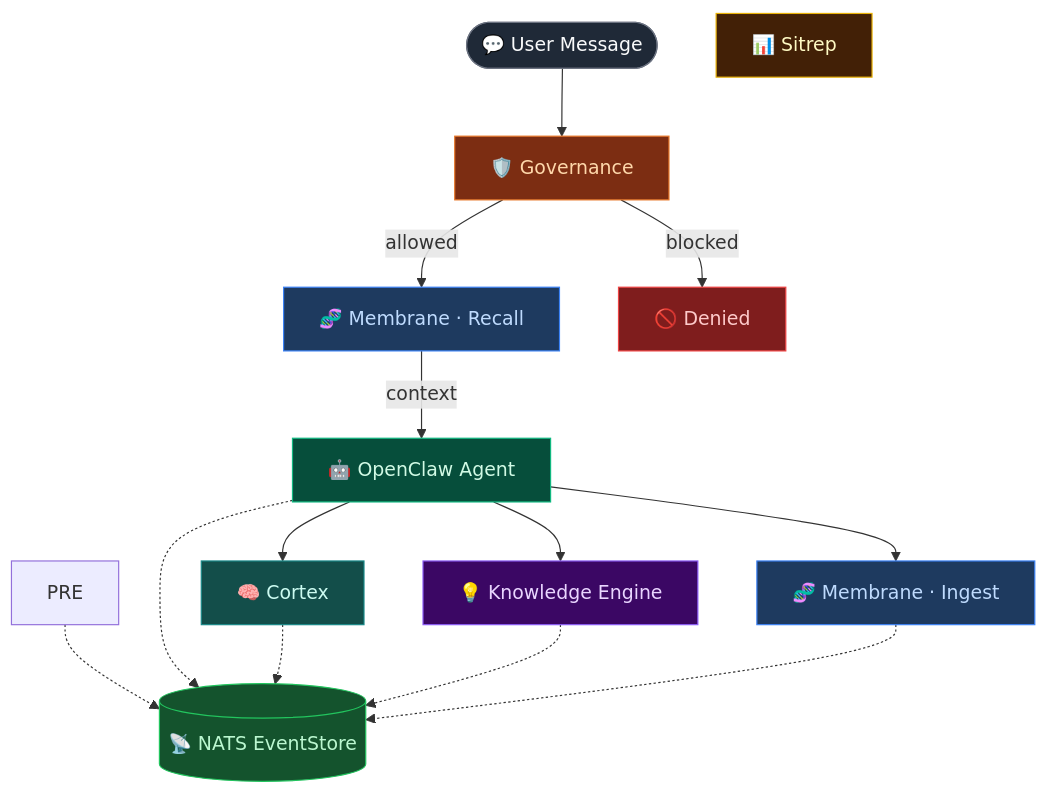
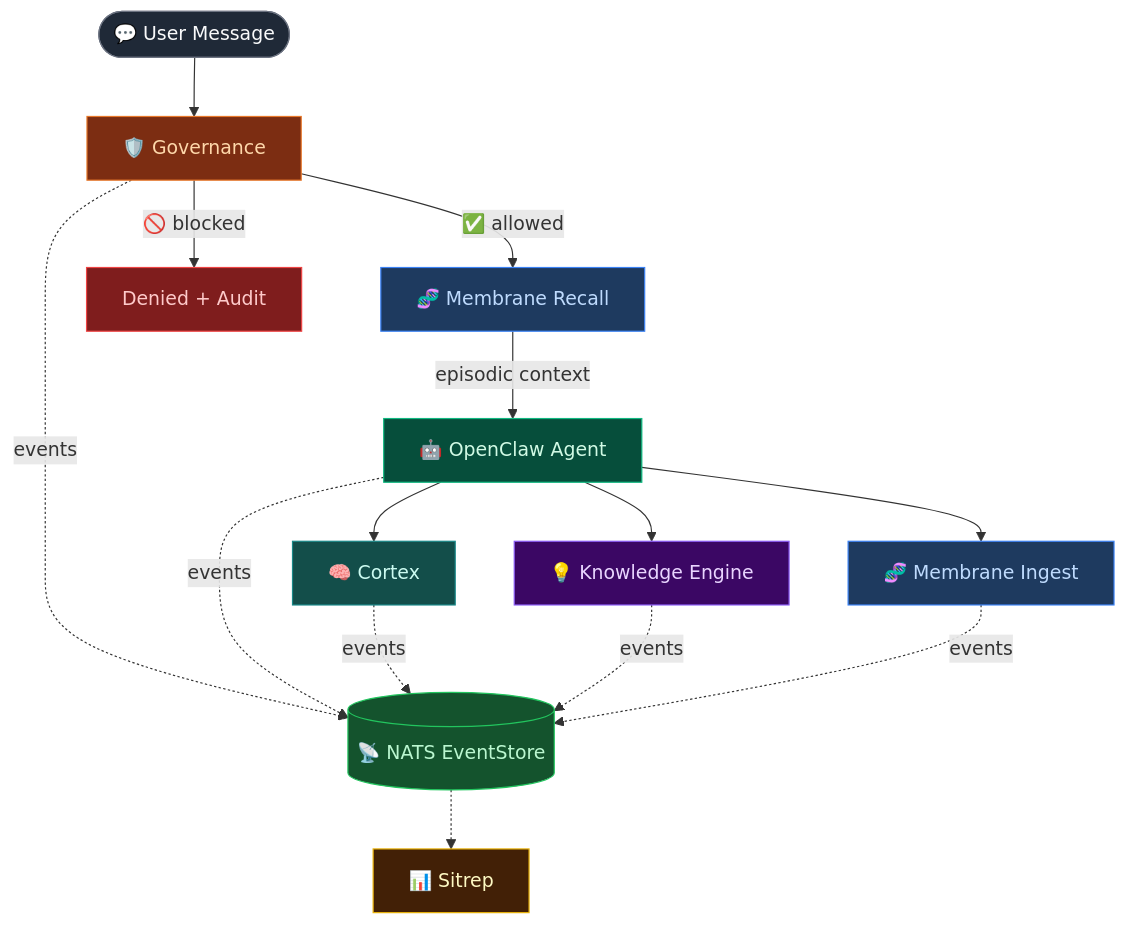
The diagram in README.md (alberthild/vainplex-openclaw), drawn with Mermaid before and after one commit.

Commit message:
docs: fix Mermaid diagram — remove orphan PRE node, add event labels, connect Sitrep to NATS

````diff
--- a/README.md
+++ b/README.md
@@ -77,39 +77,40 @@
 ```mermaid
 flowchart TD
     MSG(["💬 User Message"]) --> GOV
 
     GOV["🛡️ Governance"]
-    GOV -->|allowed| MEM_R
-    GOV -->|blocked| DENY["🚫 Denied"]
+    GOV -->|"✅ allowed"| MEM_R
+    GOV -->|"🚫 blocked"| DENY["Denied + Audit"]
 
-    MEM_R["🧬 Membrane · Recall"]
-    MEM_R -->|context| AGENT
+    MEM_R["🧬 Membrane Recall"]
+    MEM_R -->|"episodic context"| AGENT
 
     AGENT["🤖 OpenClaw Agent"]
 
     AGENT --> CTX & KE & MEM_I
 
     CTX["🧠 Cortex"]
     KE["💡 Knowledge Engine"]
-    MEM_I["🧬 Membrane · Ingest"]
+    MEM_I["🧬 Membrane Ingest"]
 
-    PRE -.-> NATS
-    AGENT -.-> NATS
-    CTX -.-> NATS
-    KE -.-> NATS
-    MEM_I -.-> NATS
+    GOV -.->|events| NATS
+    AGENT -.->|events| NATS
+    CTX -.->|events| NATS
+    KE -.->|events| NATS
+    MEM_I -.->|events| NATS
 
     NATS[("📡 NATS EventStore")]
-    SITREP["📊 Sitrep"]
+
+    NATS -.-> SITREP["📊 Sitrep"]
 
     style MSG fill:#1f2937,stroke:#6b7280,color:#f9fafb
     style GOV fill:#7c2d12,stroke:#e8782a,color:#fed7aa
     style MEM_R fill:#1e3a5f,stroke:#3b82f6,color:#bfdbfe
     style AGENT fill:#064e3b,stroke:#10b981,color:#d1fae5
     style CTX fill:#134e4a,stroke:#198989,color:#ccfbf1
     style KE fill:#3b0764,stroke:#8b5cf6,color:#e9d5ff
     style MEM_I fill:#1e3a5f,stroke:#3b82f6,color:#bfdbfe
     style NATS fill:#14532d,stroke:#22c55e,color:#bbf7d0
     style SITREP fill:#422006,stroke:#eab308,color:#fef9c3
     style DENY fill:#7f1d1d,stroke:#ef4444,color:#fecaca
 ```
````
